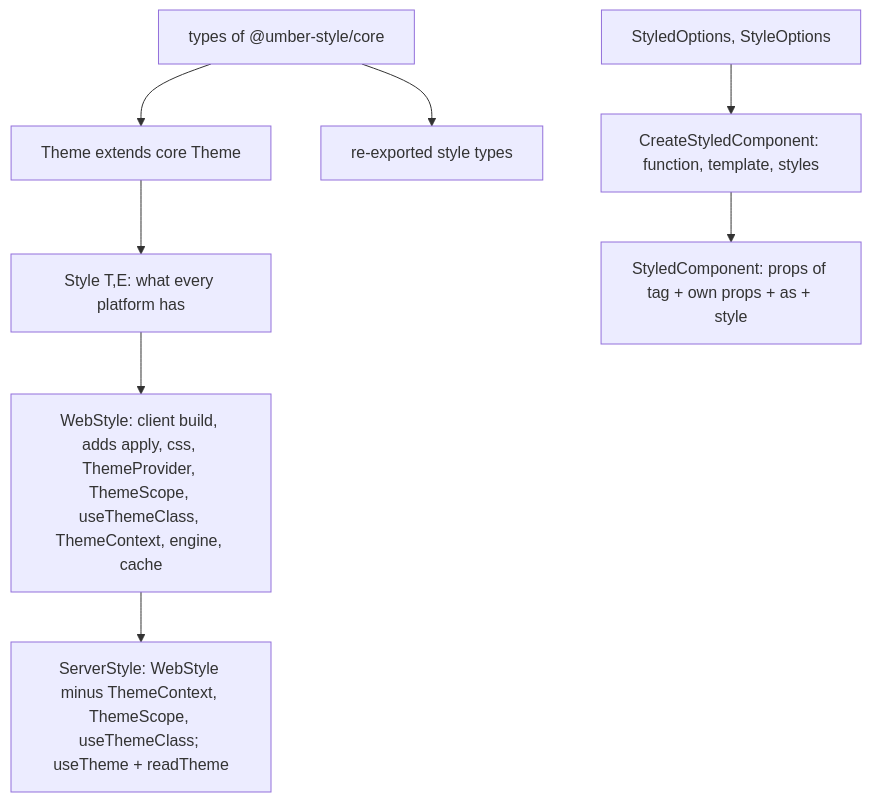
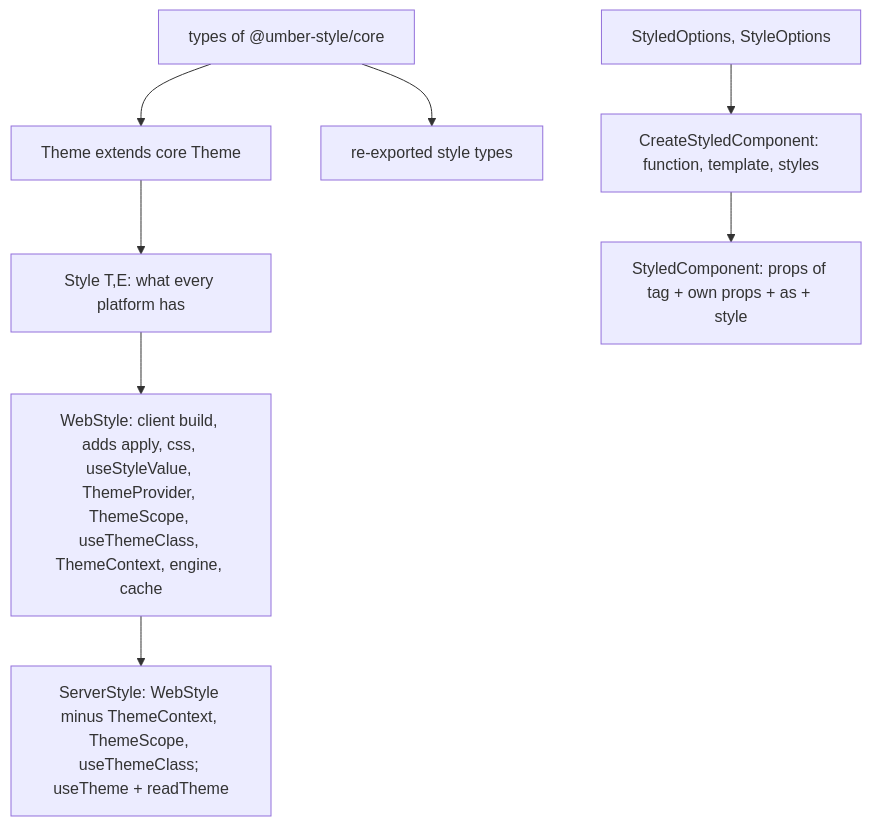
The diagram in packages/react/src/types.md (soroush-tech/umber-style), drawn with Mermaid before and after one commit. The commit also changed other lines of this file and 127 other files, not shown here.

Commit message:
feat: a nonce on every style element the engine makes, useStyleValue changes a value a style reads with no render on React and Vue, and the scan for animation names ends at the end of a rule - close #13

````diff
--- a/packages/react/src/types.md
+++ b/packages/react/src/types.md
@@ -22,10 +22,10 @@
 ```mermaid
 flowchart TD
   core["types of @umber-style/core"] --> theme["Theme extends core Theme"]
   core --> reexp["re-exported style types"]
   theme --> styleNode["Style T,E: what every platform has"]
-  styleNode --> web["WebStyle: client build, adds apply, css, ThemeProvider, ThemeScope, useThemeClass, ThemeContext, engine, cache"]
+  styleNode --> web["WebStyle: client build, adds apply, css, useStyleValue, ThemeProvider, ThemeScope, useThemeClass, ThemeContext, engine, cache"]
   web --> server["ServerStyle: WebStyle minus ThemeContext, ThemeScope, useThemeClass; useTheme + readTheme"]
   opts["StyledOptions, StyleOptions"] --> styledT["CreateStyledComponent: function, template, styles"]
   styledT --> comp["StyledComponent: props of tag + own props + as + style"]
 ```
````
